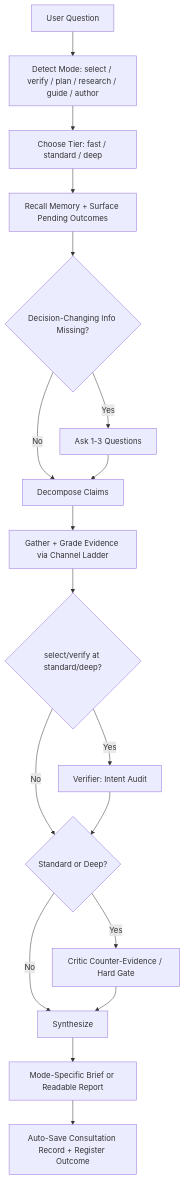
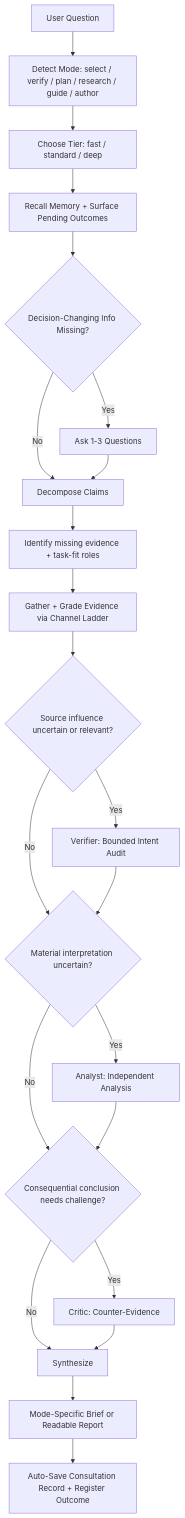
One commit to Arrowyi/consultation-agent-plugin changed the second of 2 diagrams in docs/architecture.md. Above: the diagram before and after it, drawn with Mermaid. The commit also changed other lines of this file and 46 other files, not shown here.

````diff
--- a/docs/architecture.md
+++ b/docs/architecture.md
@@ -183,20 +183,24 @@
 ```mermaid
 flowchart TD
     Q[User Question] --> MODE[Detect Mode: select / verify / plan / research / guide / author]
     MODE --> T[Choose Tier: fast / standard / deep]
     T --> M[Recall Memory + Surface Pending Outcomes]
     M --> C{Decision-Changing Info Missing?}
     C -->|Yes| ASK[Ask 1-3 Questions]
     C -->|No| D[Decompose Claims]
     ASK --> D
-    D --> R[Gather + Grade Evidence via Channel Ladder]
-    R --> V{select/verify at standard/deep?}
-    V -->|Yes| IA[Verifier: Intent Audit]
-    V -->|No| X{Standard or Deep?}
-    IA --> X
-    X -->|Yes| CE[Critic Counter-Evidence / Hard Gate]
+    D --> R[Identify missing evidence + task-fit roles]
+    R --> G[Gather + Grade Evidence via Channel Ladder]
+    G --> V{Source influence uncertain or relevant?}
+    V -->|Yes| IA[Verifier: Bounded Intent Audit]
+    V -->|No| A{Material interpretation uncertain?}
+    IA --> A
+    A -->|Yes| AN[Analyst: Independent Analysis]
+    A -->|No| X{Consequential conclusion needs challenge?}
+    AN --> X
+    X -->|Yes| CE[Critic: Counter-Evidence]
     X -->|No| SYN[Synthesize]
     CE --> SYN
     SYN --> O[Mode-Specific Brief or Readable Report]
     O --> SAVE[Auto-Save Consultation Record + Register Outcome]
 ```
````
